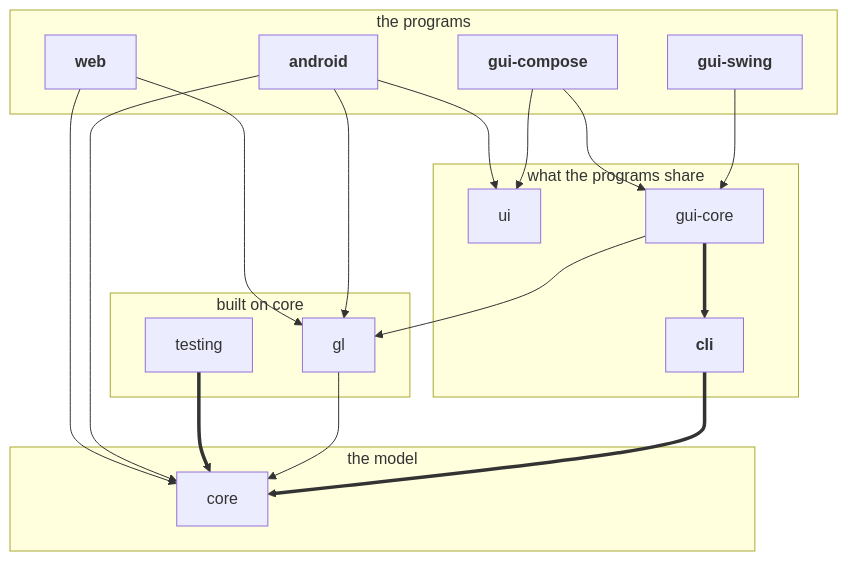
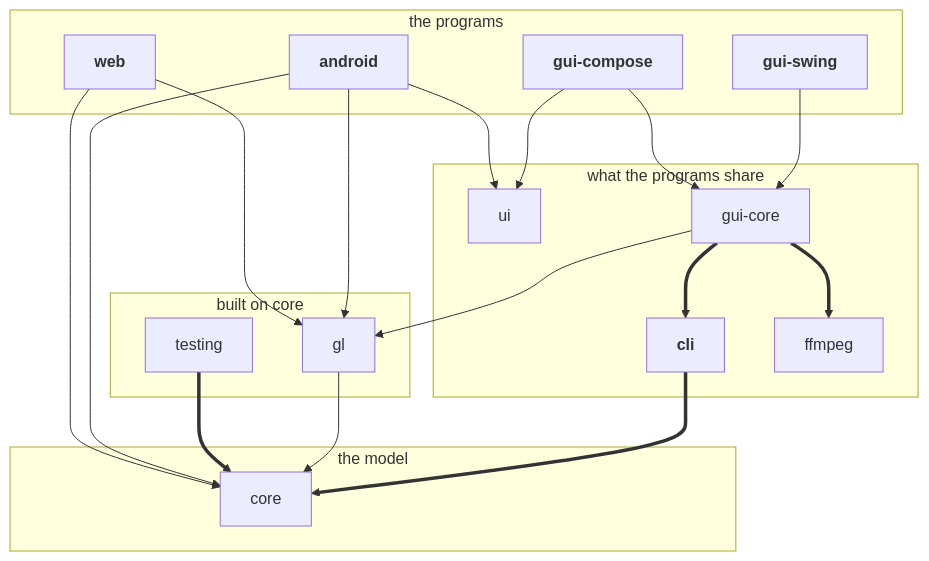
The first of 4 diagrams in docs/developing.md (loplex/sandbox_testing_repo_1), drawn with Mermaid before and after one commit. The commit also changed other lines of this file and 15 other files, not shown here.

````diff
--- a/docs/developing.md
+++ b/docs/developing.md
@@ -75,36 +78,38 @@
 ```mermaid
 graph TD
     subgraph programs [the programs]
         android
         gui-compose
         gui-swing
         web
     end
     subgraph shared [what the programs share]
         ui
         gui-core
         cli
+        ffmpeg
     end
     subgraph base [built on core]
         testing
         gl
     end
     subgraph model [the model]
         core
     end
     cli ==> core
     android --> gl
     gl --> core
     gui-core --> gl
     gui-swing --> gui-core
     gui-compose --> gui-core
     testing ==> core
     gui-core ==> cli
+    gui-core ==> ffmpeg
     gui-compose --> ui
     web --> gl
     android --> core
     web --> core
     android --> ui
     classDef program font-weight:bold
     class android,gui-compose,gui-swing,web,cli program
 ```
````
